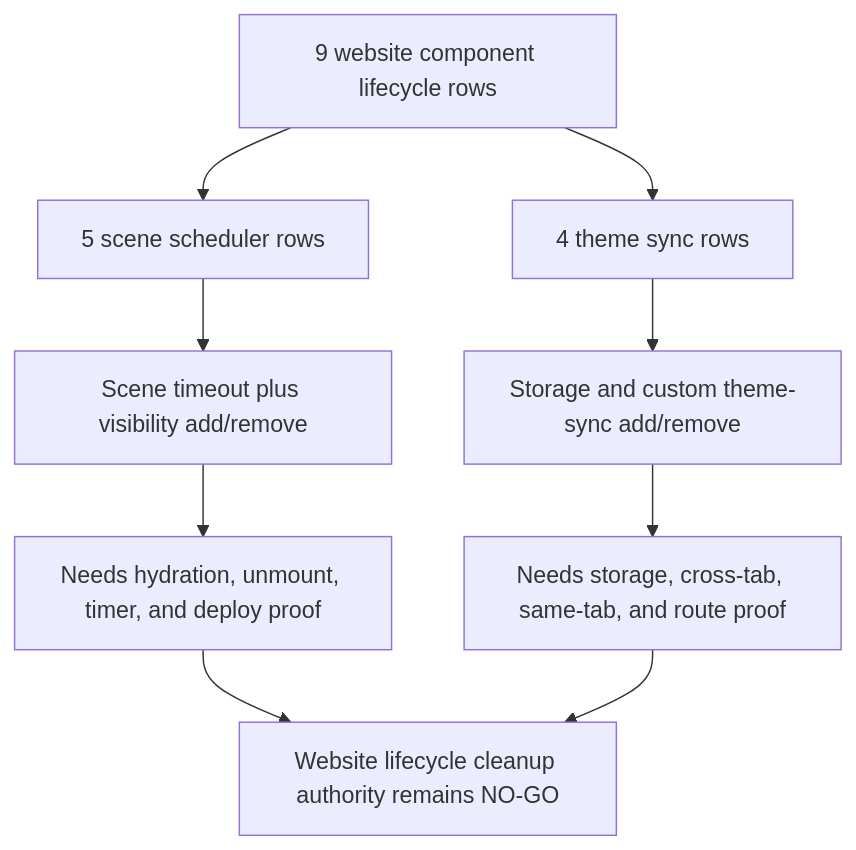
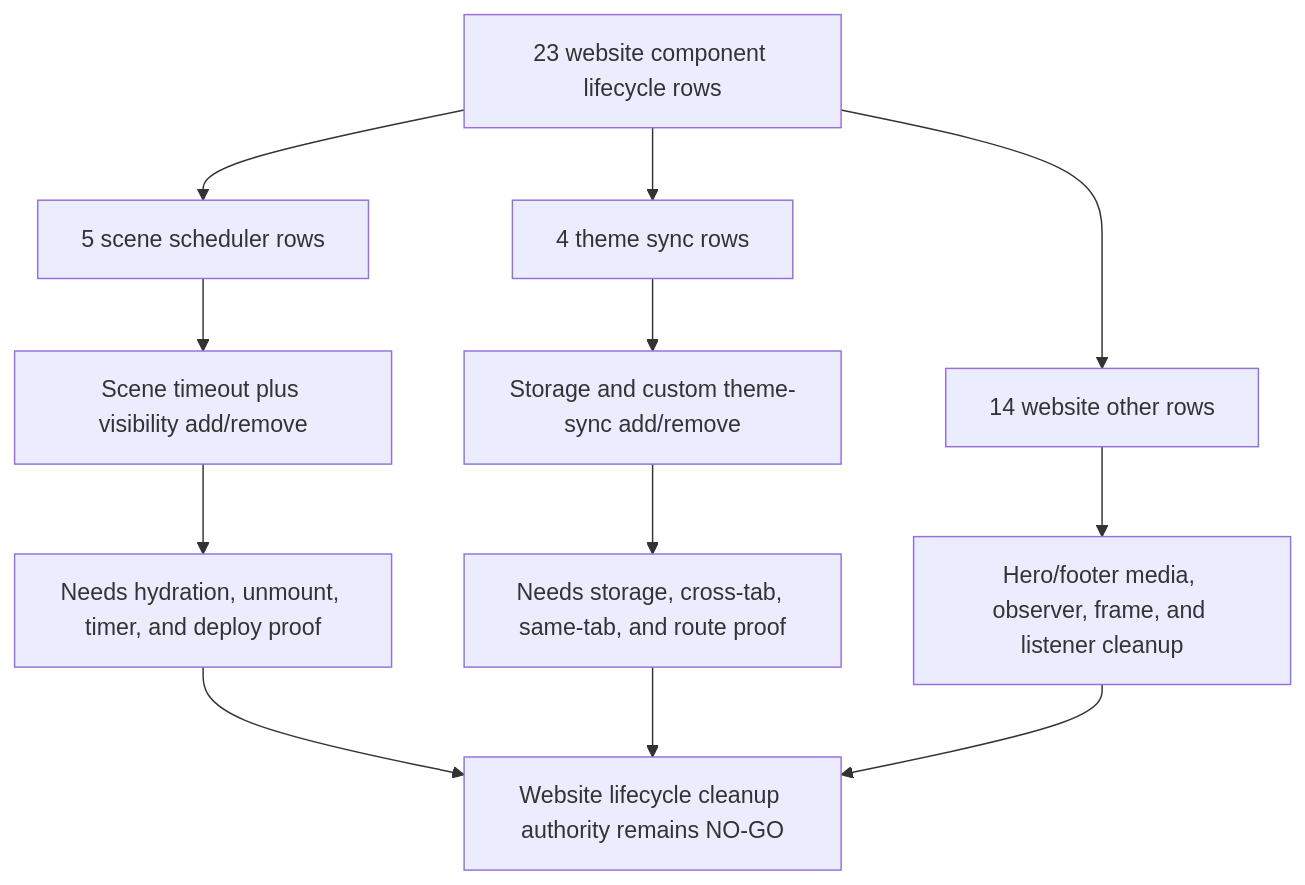
Diagram 42 of 47 in docs/audit/FILTERTUBE_LIFECYCLE_INSTANCE_REGISTER_2026-05-18.md (varshneydevansh/FilterTube), drawn with Mermaid before and after one commit. The commit also changed other lines of this file and 8 other files, not shown here.

````diff
--- a/docs/audit/FILTERTUBE_LIFECYCLE_INSTANCE_REGISTER_2026-05-18.md
+++ b/docs/audit/FILTERTUBE_LIFECYCLE_INSTANCE_REGISTER_2026-05-18.md
@@ -3872,11 +3934,14 @@
 ```mermaid
 flowchart TD
-  A["9 website component lifecycle rows"] --> B["5 scene scheduler rows"]
+  A["23 website component lifecycle rows"] --> B["5 scene scheduler rows"]
   A --> C["4 theme sync rows"]
+  A --> Z["14 website other rows"]
   B --> D["Scene timeout plus visibility add/remove"]
   C --> E["Storage and custom theme-sync add/remove"]
+  Z --> Y["Hero/footer media, observer, frame, and listener cleanup"]
   D --> F["Needs hydration, unmount, timer, and deploy proof"]
   E --> G["Needs storage, cross-tab, same-tab, and route proof"]
   F --> H["Website lifecycle cleanup authority remains NO-GO"]
   G --> H
+  Y --> H
 ```
````
